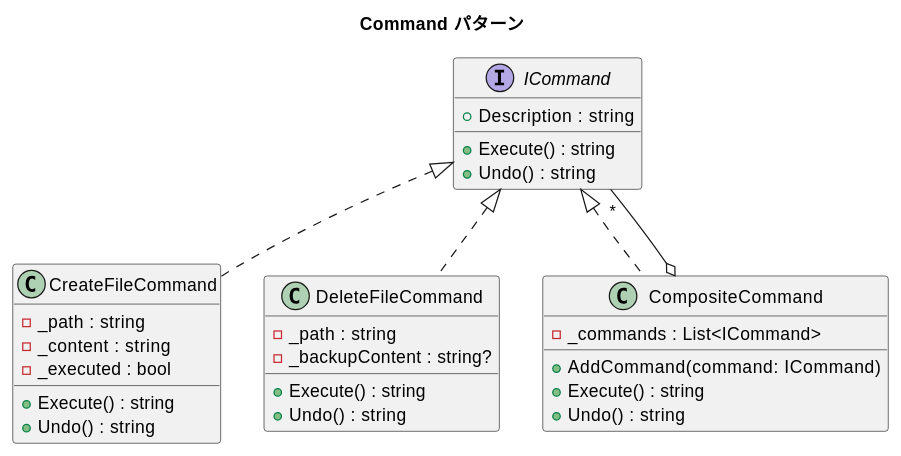
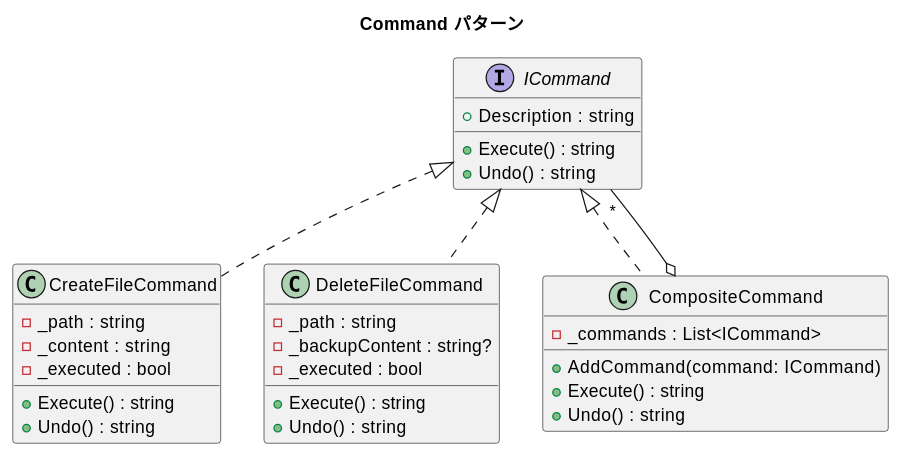
The diagram in docs/article/csharp/09-command.md (k2works/getting-started-design-pattern), drawn with PlantUML before and after one commit. The commit also changed other lines of this file and 7 other files, not shown here.

````diff
--- a/docs/article/csharp/09-command.md
+++ b/docs/article/csharp/09-command.md
@@ -13,38 +13,39 @@
 ```plantuml
 @startuml
 title Command パターン
 
 interface ICommand {
   + Execute() : string
   + Undo() : string
   + Description : string
 }
 
 class CreateFileCommand {
   - _path : string
   - _content : string
   - _executed : bool
   + Execute() : string
   + Undo() : string
 }
 
 class DeleteFileCommand {
   - _path : string
   - _backupContent : string?
+  - _executed : bool
   + Execute() : string
   + Undo() : string
 }
 
 class CompositeCommand {
   - _commands : List<ICommand>
   + AddCommand(command: ICommand)
   + Execute() : string
   + Undo() : string
 }
 
 ICommand <|.. CreateFileCommand
 ICommand <|.. DeleteFileCommand
 ICommand <|.. CompositeCommand
 CompositeCommand o-- "*" ICommand
 @enduml
 ```
````
